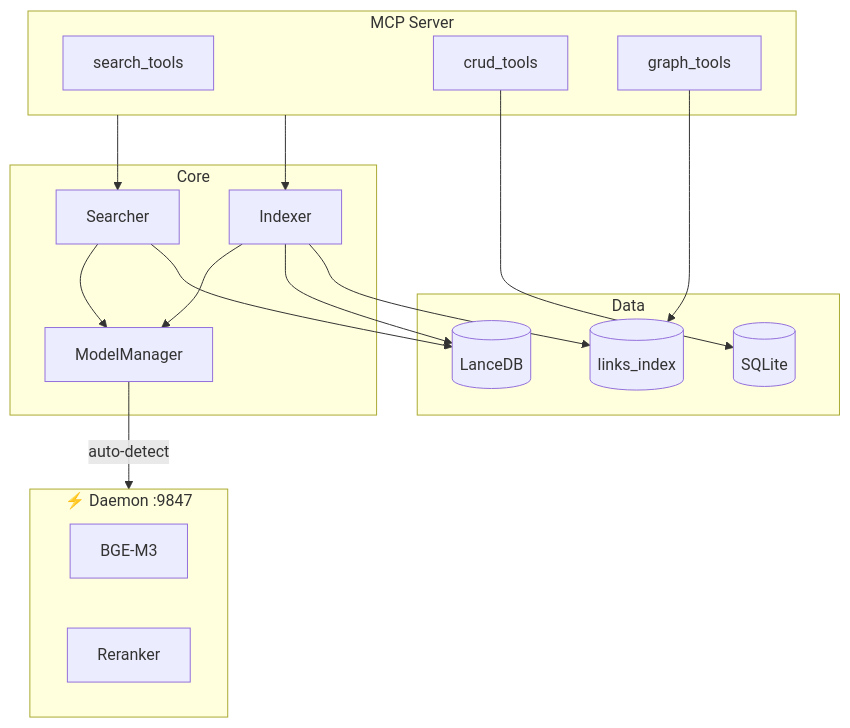
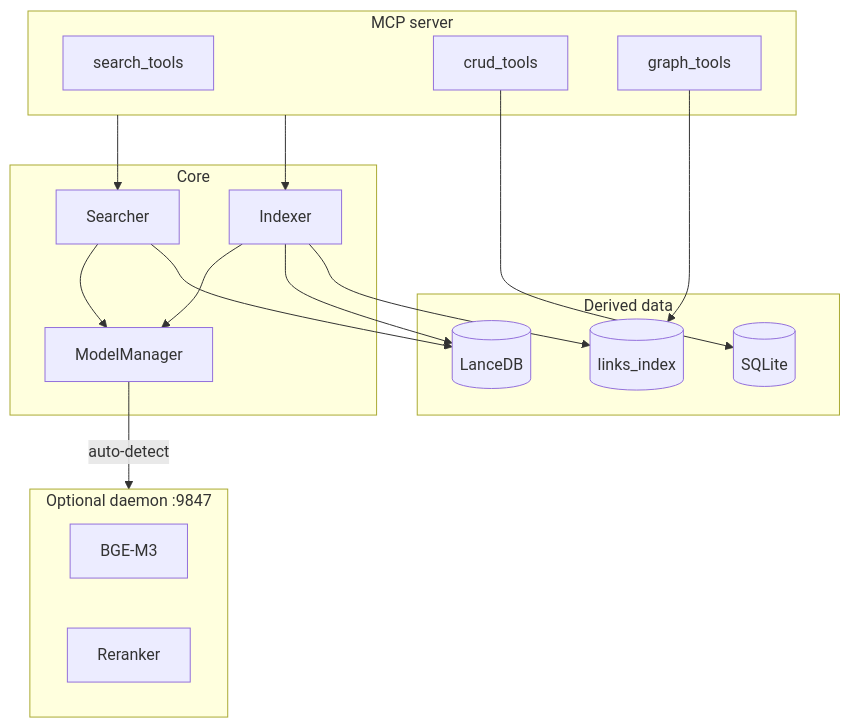
One commit to everton-dgn/vault-search-mcp changed the diagram in docs/architecture/diagrams.md. Above: the diagram before and after it, drawn with Mermaid. The commit also changed other lines of this file and 200 other files, not shown here.

````diff
--- a/docs/architecture/diagrams.md
+++ b/docs/architecture/diagrams.md
@@ -17,34 +13,34 @@
 ```mermaid
 flowchart TB
-    subgraph Daemon["⚡ Daemon :9847"]
+    subgraph Daemon["Optional daemon :9847"]
         BGE["BGE-M3"]
         RR["Reranker"]
     end
 
-    subgraph MCP["MCP Server"]
+    subgraph MCP["MCP server"]
         ST[search_tools]
         CT[crud_tools]
         GT[graph_tools]
     end
 
     subgraph Core["Core"]
         SE[Searcher]
         IX[Indexer]
         MM[ModelManager]
     end
 
-    subgraph Data["Data"]
+    subgraph Data["Derived data"]
         LDB[(LanceDB)]
         CAT[(SQLite)]
         LNK[(links_index)]
     end
 
     MCP --> SE --> MM
     MCP --> IX --> MM
     MM -->|auto-detect| Daemon
     SE --> LDB
     IX --> LDB
     IX --> LNK
     GT --> LNK
     CT --> CAT
 ```
````
